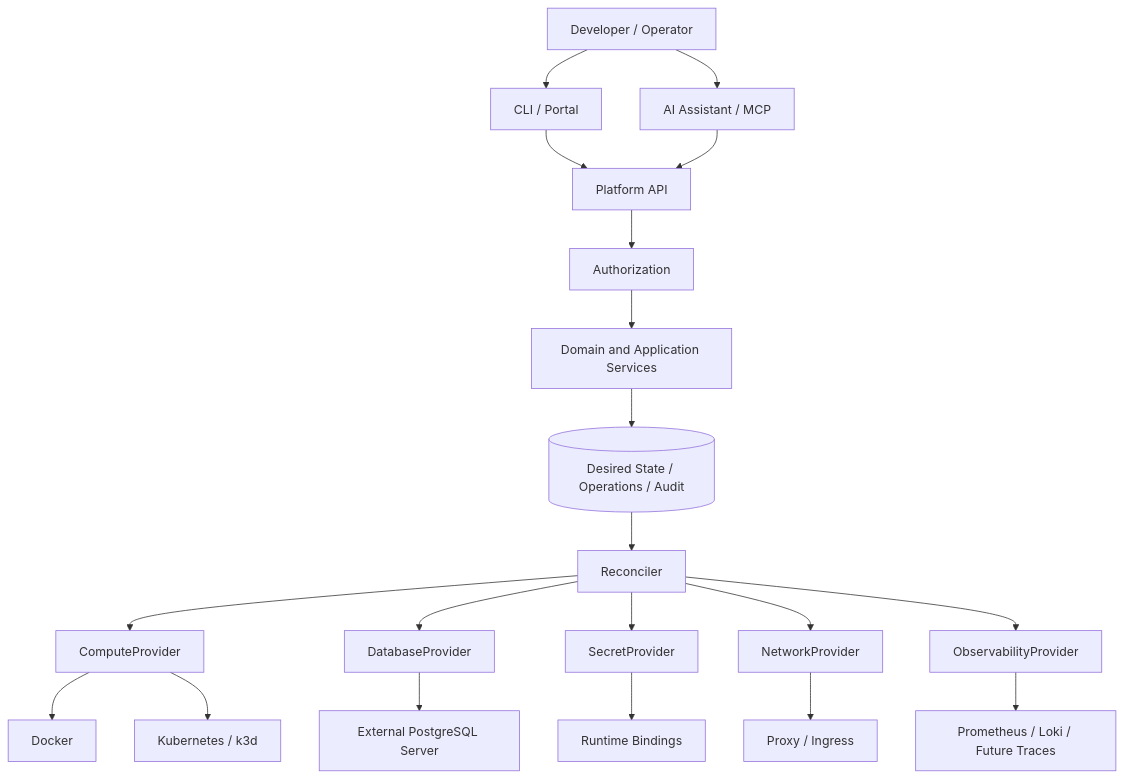
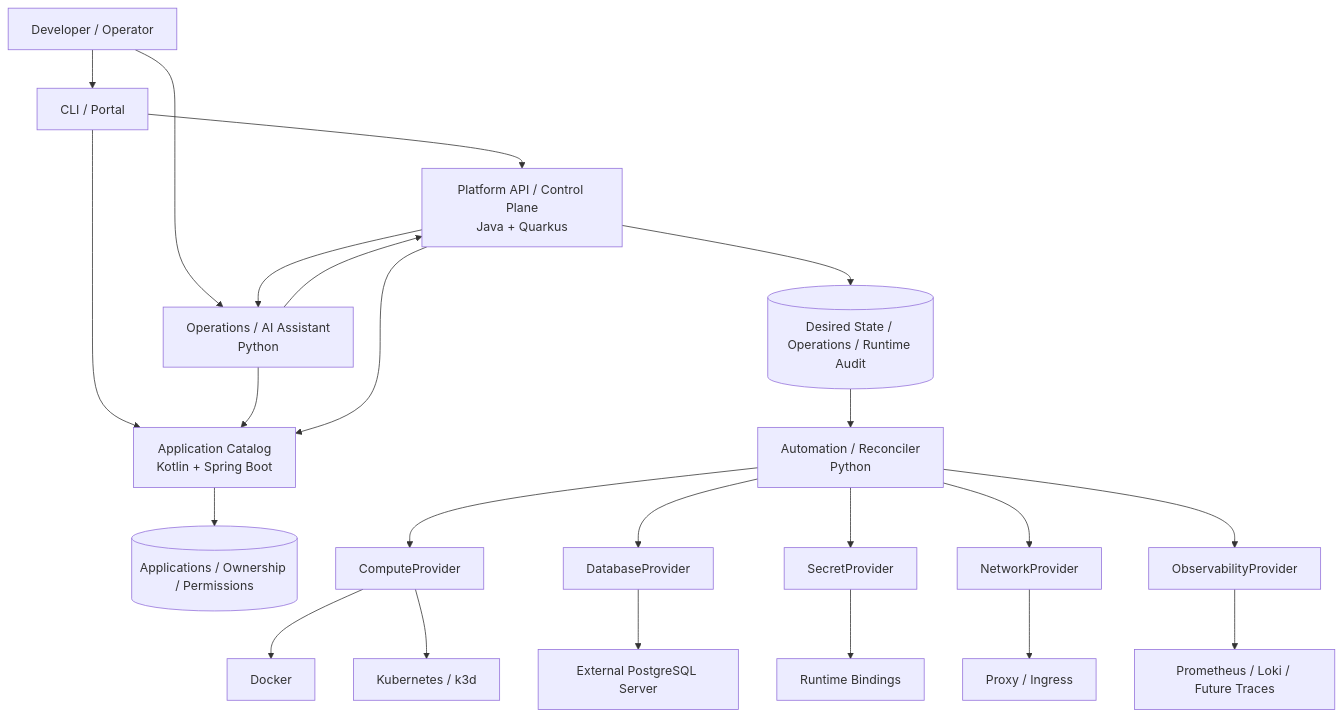
Before and after one commit to eseidinger/developer-platform: the diagram in docs/02-architecture/overview.md, drawn with Mermaid. The commit also changed other lines of this file and 18 other files, not shown here.

````diff
--- a/docs/02-architecture/overview.md
+++ b/docs/02-architecture/overview.md
@@ -21,22 +21,25 @@
 ```mermaid
 flowchart TB
     Human["Developer / Operator"] --> Clients["CLI / Portal"]
-    Human --> AI["AI Assistant / MCP"]
-    Clients --> API["Platform API"]
+    Human --> AI["Operations / AI Assistant<br/>Python"]
+    Clients --> Catalog["Application Catalog<br/>Kotlin + Spring Boot"]
+    Clients --> API["Platform API / Control Plane<br/>Java + Quarkus"]
     AI --> API
-    API --> Auth["Authorization"]
-    Auth --> Core["Domain and Application Services"]
-    Core --> State[("Desired State / Operations / Audit")]
-    State --> Worker["Reconciler"]
+    AI --> Catalog
+    API --> AI
+    API --> Catalog
+    Catalog --> CatalogState[("Applications / Ownership / Permissions")]
+    API --> ControlState[("Desired State / Operations / Runtime Audit")]
+    ControlState --> Worker["Automation / Reconciler<br/>Python"]
     Worker --> Compute["ComputeProvider"]
     Worker --> DB["DatabaseProvider"]
     Worker --> Secret["SecretProvider"]
     Worker --> Net["NetworkProvider"]
     Worker --> Obs["ObservabilityProvider"]
     Compute --> Docker["Docker"]
     Compute --> K8s["Kubernetes / k3d"]
     DB --> PG["External PostgreSQL Server"]
     Secret --> Bind["Runtime Bindings"]
     Net --> Route["Proxy / Ingress"]
     Obs --> Telemetry["Prometheus / Loki / Future Traces"]
 ```
````
